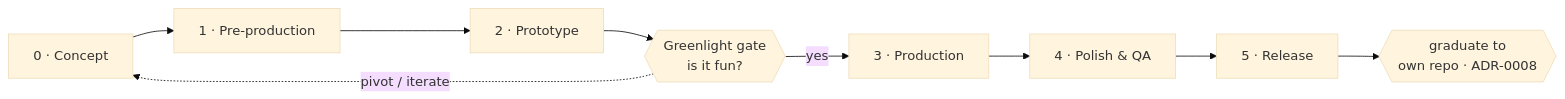
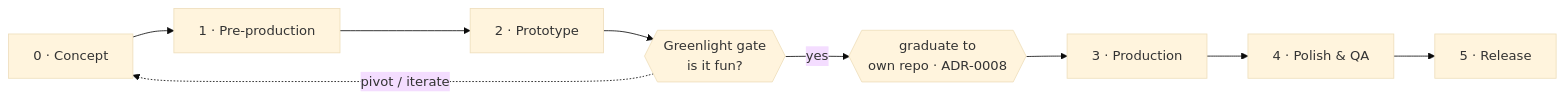
The diagram in docs/pipeline.md (marcobdv/fidgetfall), drawn with Mermaid (base theme) before and after one commit. The commit also changed other lines of this file and 22 other files, not shown here.

````diff
--- a/docs/pipeline.md
+++ b/docs/pipeline.md
@@ -6,8 +6,8 @@
 ```mermaid
 flowchart LR
     C["0 · Concept"] --> P1["1 · Pre-production"] --> P2["2 · Prototype"]
     P2 --> G{{"Greenlight gate<br/>is it fun?"}}
-    G -->|yes| P3["3 · Production"] --> P4["4 · Polish &amp; QA"] --> P5["5 · Release"]
+    G -->|yes| Grad{{"graduate to<br/>own repo · ADR-0008"}}
+    Grad --> P3["3 · Production"] --> P4["4 · Polish &amp; QA"] --> P5["5 · Release"]
     G -.->|pivot / iterate| C
-    P5 --> Grad{{"graduate to<br/>own repo · ADR-0008"}}
 ```
````
